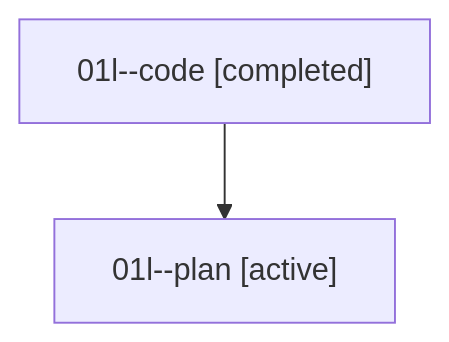
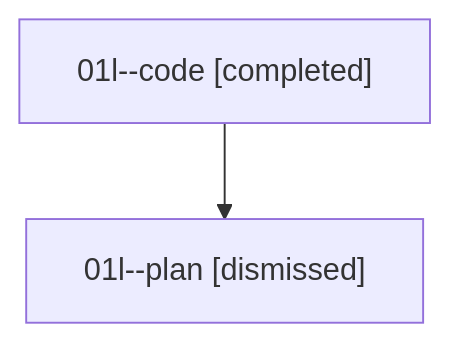
The diagram in sessions/bbugyi200.athena.01l.md (sase-org/sase--agents), drawn with Mermaid before and after one commit. The commit also changed other lines of this file and 20 other files, not shown here.

````diff
--- a/sessions/bbugyi200.athena.01l.md
+++ b/sessions/bbugyi200.athena.01l.md
@@ -9,6 +9,6 @@
 ```mermaid
 flowchart TD
   n0["01l--code [completed]"]
-  n1["01l--plan [active]"]
+  n1["01l--plan [dismissed]"]
   n0 --> n1
 ```
````
